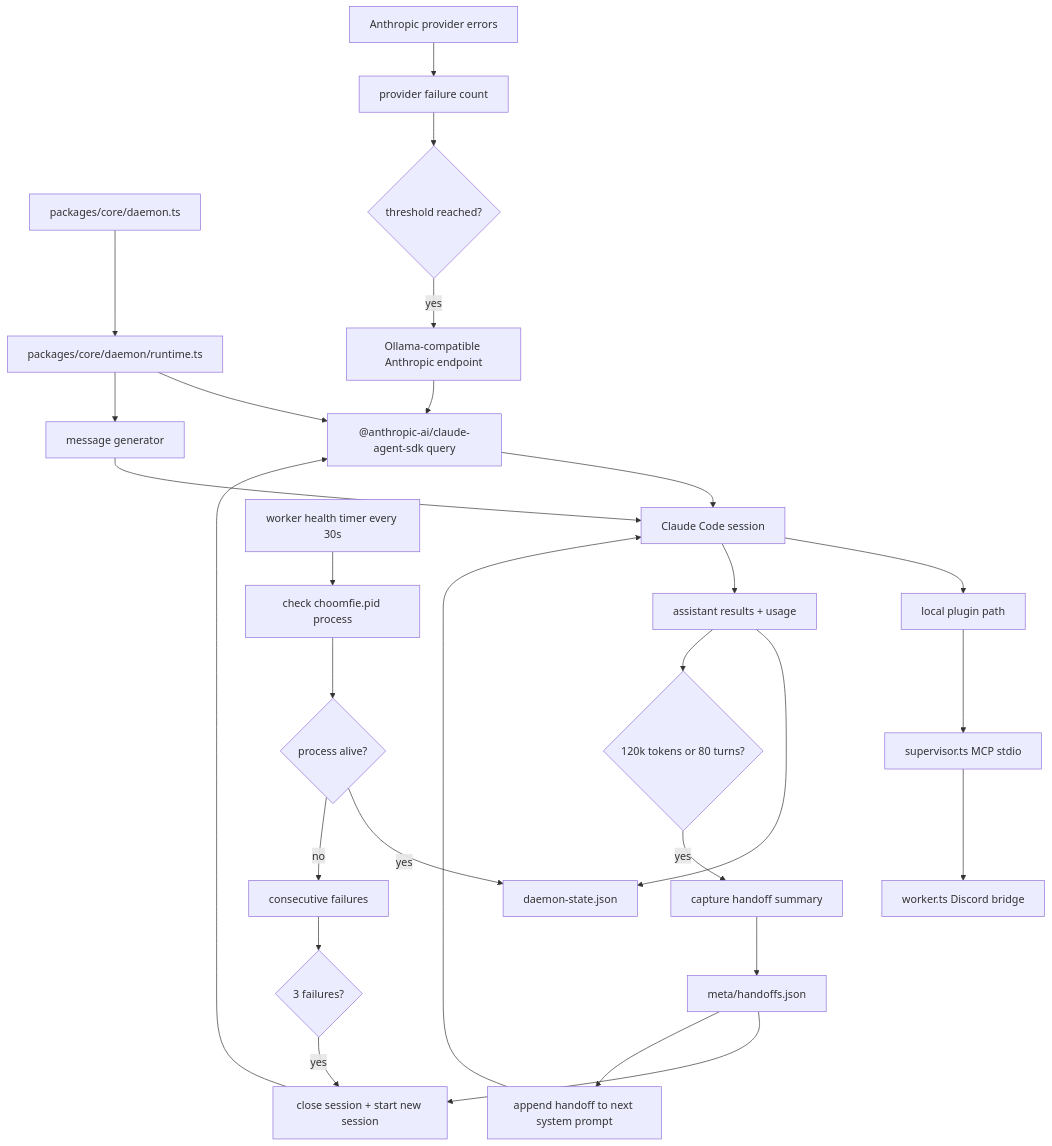
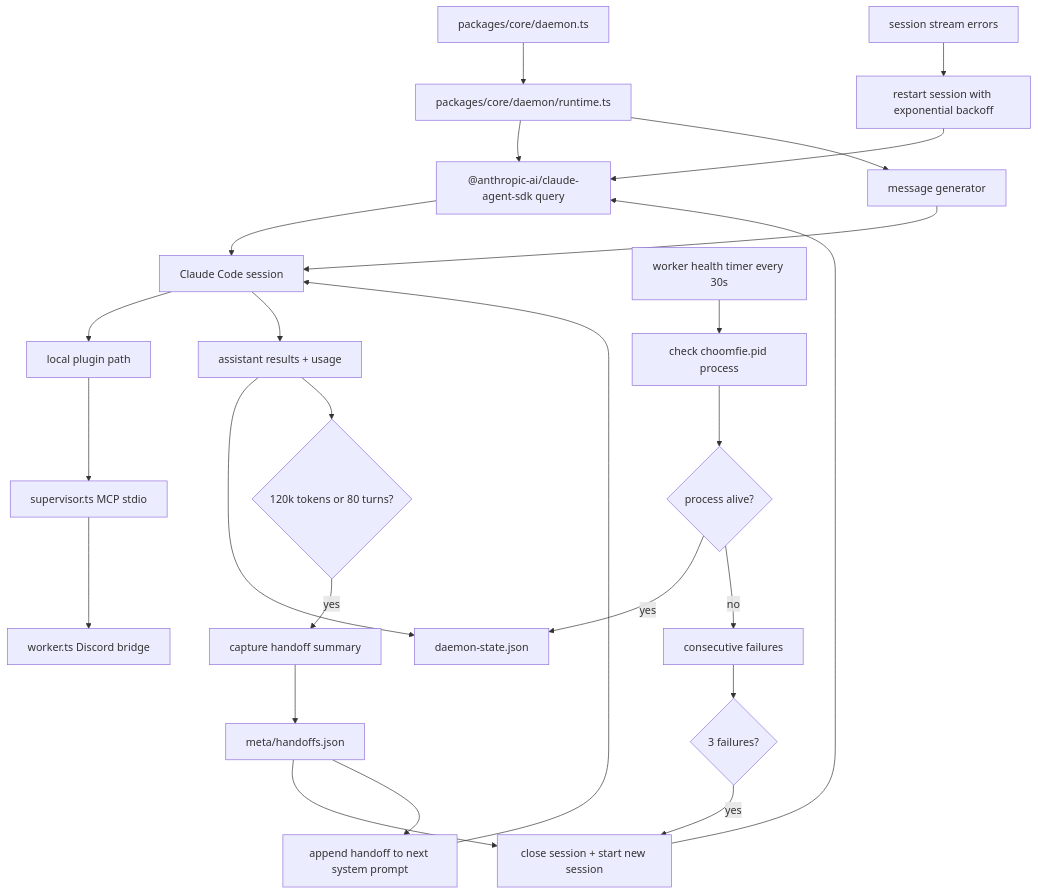
One commit to ANonABento/ryuji changed the third of 4 diagrams in docs/architecture.md. Above: the diagram before and after it, drawn with Mermaid. The commit also changed other lines of this file and 1 other file, not shown here.

Commit message:
docs(choomfie): fix architecture documentation accuracy

````diff
--- a/docs/architecture.md
+++ b/docs/architecture.md
@@ -112,34 +112,32 @@
 ```mermaid
 flowchart TD
   CLI[packages/core/daemon.ts] --> Runtime[packages/core/daemon/runtime.ts]
   Runtime --> AgentSDK["@anthropic-ai/claude-agent-sdk query"]
   AgentSDK --> Session[Claude Code session]
   Session --> PluginDir[local plugin path]
   PluginDir --> Supervisor[supervisor.ts MCP stdio]
   Supervisor --> Worker[worker.ts Discord bridge]
 
   Runtime --> Generator[message generator]
   Generator --> Session
   Session --> Results[assistant results + usage]
   Results --> State[daemon-state.json]
 
   Results --> Thresholds{120k tokens or 80 turns?}
   Thresholds -- yes --> HandoffPrompt[capture handoff summary]
   HandoffPrompt --> Handoffs[meta/handoffs.json]
   Handoffs --> Cycle[close session + start new session]
   Cycle --> AgentSDK
   Handoffs --> SystemPrompt[append handoff to next system prompt]
   SystemPrompt --> Session
 
   HealthTimer[worker health timer every 30s] --> PidCheck[check choomfie.pid process]
   PidCheck --> Healthy{process alive?}
   Healthy -- yes --> State
   Healthy -- no --> FailureCount[consecutive failures]
   FailureCount --> FailureLimit{3 failures?}
   FailureLimit -- yes --> Cycle
 
-  AgentErrors[Anthropic provider errors] --> ErrorCount[provider failure count]
-  ErrorCount --> Ollama{threshold reached?}
-  Ollama -- yes --> Fallback[Ollama-compatible Anthropic endpoint]
-  Fallback --> AgentSDK
+  AgentErrors[session stream errors] --> Retry[restart session with exponential backoff]
+  Retry --> AgentSDK
 ```
````
